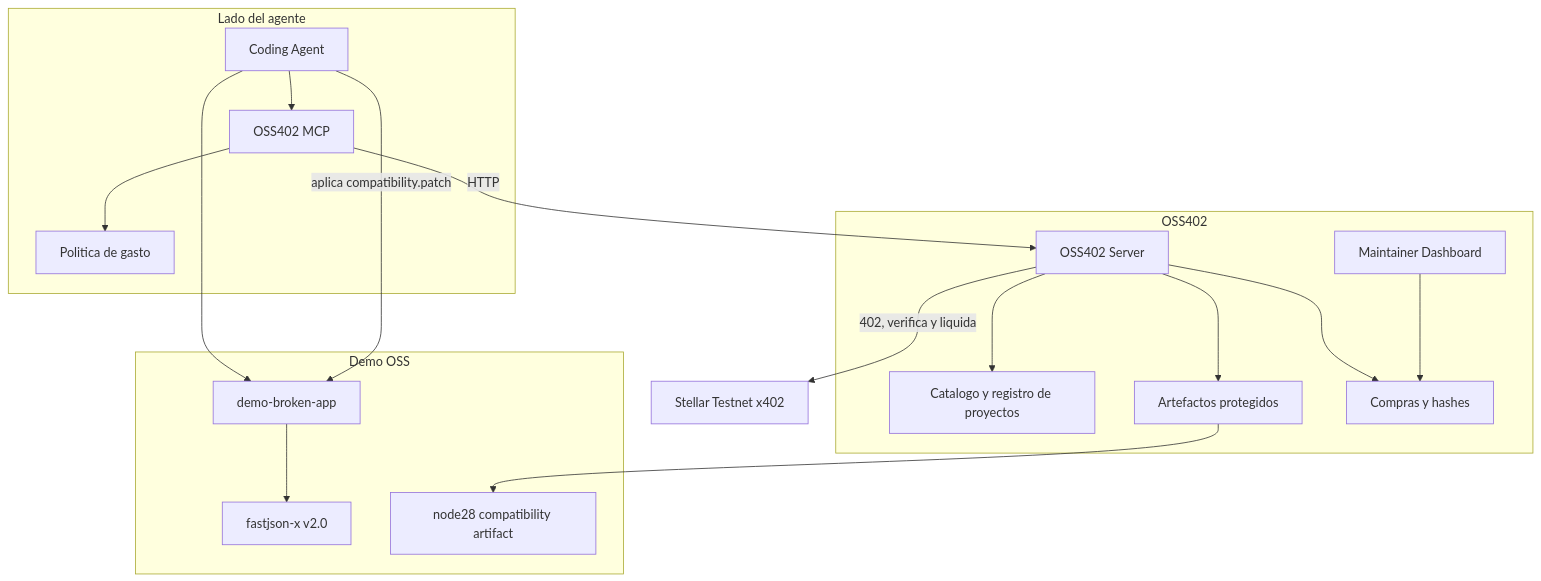
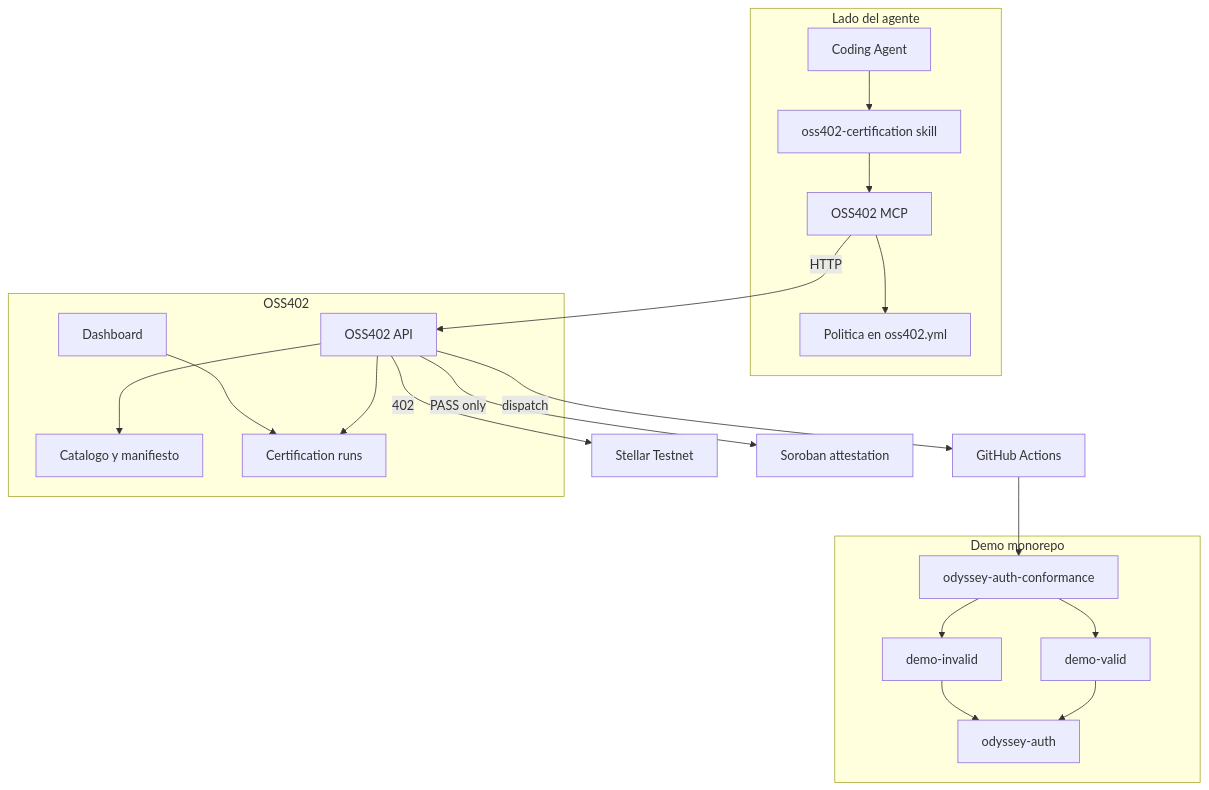
One commit to hallzyx/oss402 changed the second of 5 diagrams in docs/esquema.md. Above: the diagram before and after it, drawn with Mermaid. The commit also changed other lines of this file and 2 other files, not shown here.

First line of the commit message:
docs: adopt official conformance certification PRD

````diff
--- a/docs/esquema.md
+++ b/docs/esquema.md
@@ -27,37 +28,43 @@
 ```mermaid
 flowchart TB
   subgraph agentSide ["Lado del agente"]
     agent["Coding Agent"]
+    skill["oss402-certification skill"]
     mcp["OSS402 MCP"]
-    policy["Politica de gasto"]
+    policy["Politica en oss402.yml"]
   end
 
   subgraph product ["OSS402"]
-    api["OSS402 Server"]
-    catalog["Catalogo y registro de proyectos"]
-    store["Artefactos protegidos"]
-    records["Compras y hashes"]
-    dash["Maintainer Dashboard"]
+    api["OSS402 API"]
+    catalog["Catalogo y manifiesto"]
+    runs["Certification runs"]
+    dash["Dashboard"]
   end
 
-  subgraph demo ["Demo OSS"]
-    app["demo-broken-app"]
-    pkg["fastjson-x v2.0"]
-    artifact["node28 compatibility artifact"]
+  subgraph demo ["Demo monorepo"]
+    valid["demo-valid"]
+    invalid["demo-invalid"]
+    lib["odyssey-auth"]
+    suite["odyssey-auth-conformance"]
   end
 
-  stellar["Stellar Testnet x402"]
+  gha["GitHub Actions"]
+  stellar["Stellar Testnet"]
+  soroban["Soroban attestation"]
 
-  agent --> mcp
+  agent --> skill
+  skill --> mcp
   mcp --> policy
   mcp -->|"HTTP"| api
   api --> catalog
-  api --> store
-  api --> records
-  dash --> records
-  store --> artifact
-  api -->|"402, verifica y liquida"| stellar
-  agent --> app
-  app --> pkg
-  agent -->|"aplica compatibility.patch"| app
+  api --> runs
+  dash --> runs
+  api -->|"402"| stellar
+  api -->|"dispatch"| gha
+  gha --> suite
+  suite --> valid
+  suite --> invalid
+  valid --> lib
+  invalid --> lib
+  api -->|"PASS only"| soroban
 ```
````
